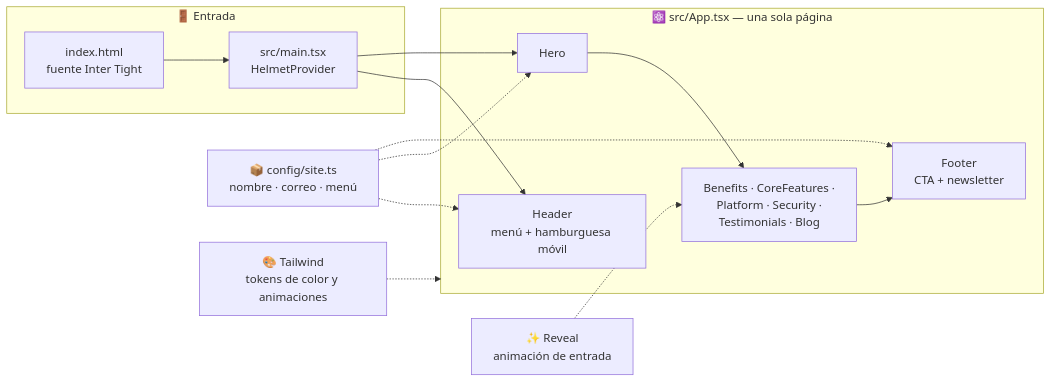
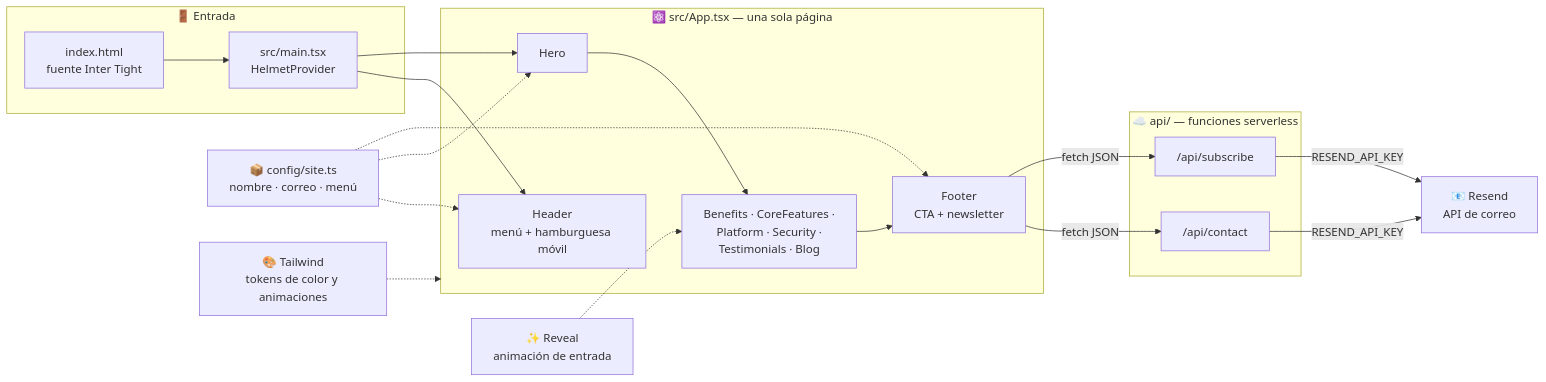
The diagram in README.md (Pragmatisenterprise/Pragmatis), drawn with Mermaid before and after one commit. The commit also changed other lines of this file and 15 other files, not shown here.

````diff
--- a/README.md
+++ b/README.md
@@ -64,24 +67,32 @@
 ```mermaid
 flowchart LR
     subgraph Entrada["🚪 Entrada"]
         HTML["index.html\nfuente Inter Tight"]
         MAIN["src/main.tsx\nHelmetProvider"]
     end
 
     subgraph App["⚛️ src/App.tsx — una sola página"]
         HEADER["Header\nmenú + hamburguesa móvil"]
         HERO["Hero"]
         SECS["Benefits · CoreFeatures ·\nPlatform · Security ·\nTestimonials · Blog"]
         FOOTER["Footer\nCTA + newsletter"]
     end
 
+    subgraph Serverless["☁️ api/ — funciones serverless"]
+        CONTACT["/api/contact"]
+        SUB["/api/subscribe"]
+    end
+    RESEND["📧 Resend\nAPI de correo"]
+
     CONF["📦 config/site.ts\nnombre · correo · menú"]
     REVEAL["✨ Reveal\nanimación de entrada"]
     TW["🎨 Tailwind\ntokens de color y animaciones"]
 
     HTML --> MAIN --> HEADER
     MAIN --> HERO --> SECS --> FOOTER
     CONF -.-> HEADER & HERO & FOOTER
     REVEAL -.-> SECS
     TW -.-> App
+    FOOTER -->|fetch JSON| CONTACT & SUB
+    CONTACT & SUB -->|RESEND_API_KEY| RESEND
 ```
````
